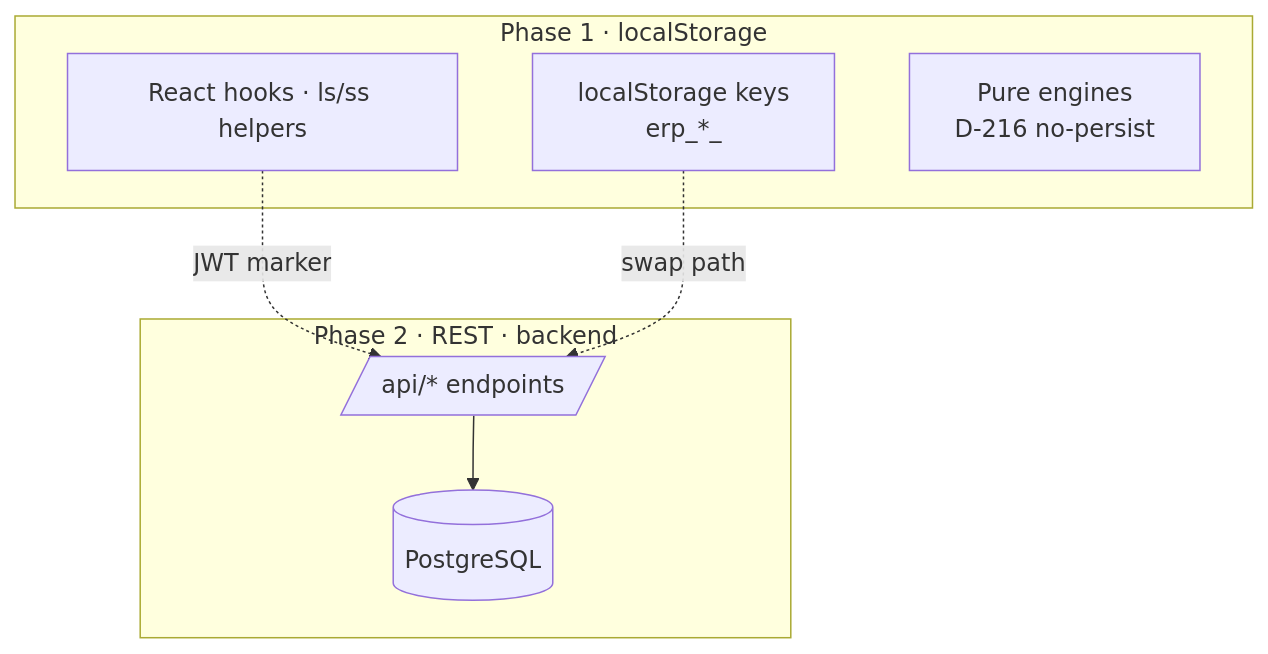
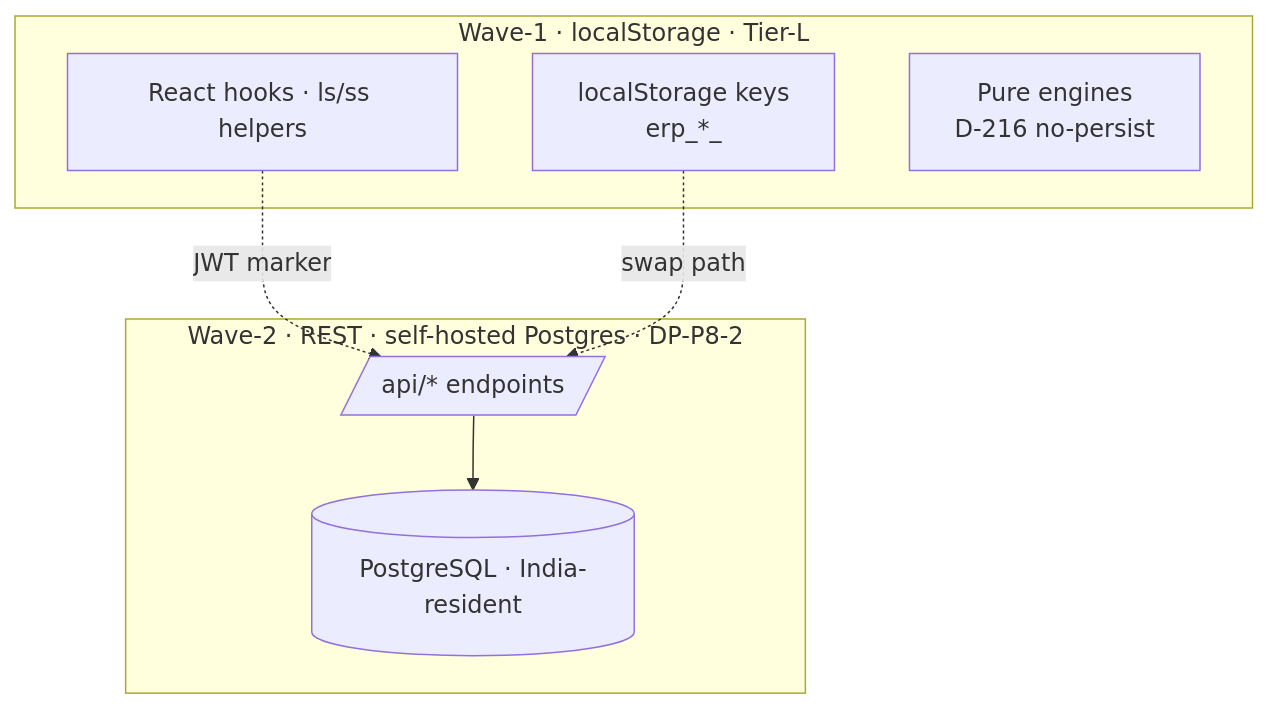
One commit to KLDCS-codexcrafter/smart-ops-foundation changed the fifth of 5 diagrams in docs/ARCHITECTURE.md. Above: the diagram before and after it, drawn with Mermaid. The commit also changed other lines of this file and 2 other files, not shown here.

````diff
--- a/docs/ARCHITECTURE.md
+++ b/docs/ARCHITECTURE.md
@@ -78,15 +92,15 @@
 ```mermaid
 graph TD
-  subgraph Phase1[Phase 1 · localStorage]
+  subgraph Wave1[Wave-1 · localStorage · Tier-L]
     LS[localStorage keys<br/>erp_*_<entity>]
     Hooks[React hooks · ls/ss helpers]
     Engines[Pure engines<br/>D-216 no-persist]
   end
-  subgraph Phase2[Phase 2 · REST · backend]
+  subgraph Wave2[Wave-2 · REST · self-hosted Postgres · DP-P8-2]
     API[/api/* endpoints/]
-    DB[(PostgreSQL)]
+    DB[(PostgreSQL · India-resident)]
   end
   Hooks -.JWT marker.-> API
   LS -.swap path.-> API
   API --> DB
 ```
````
